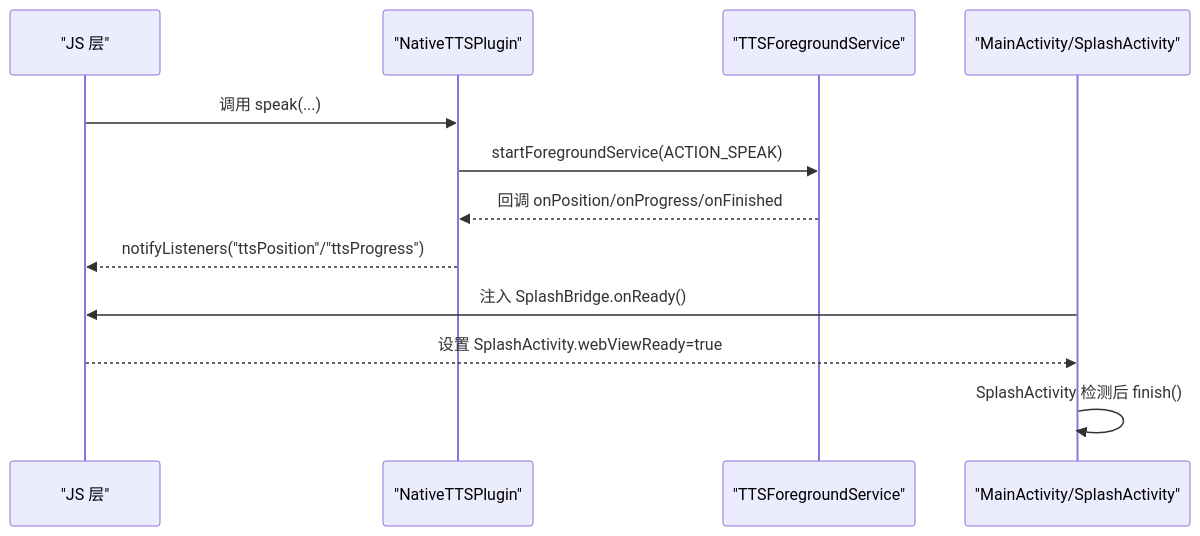
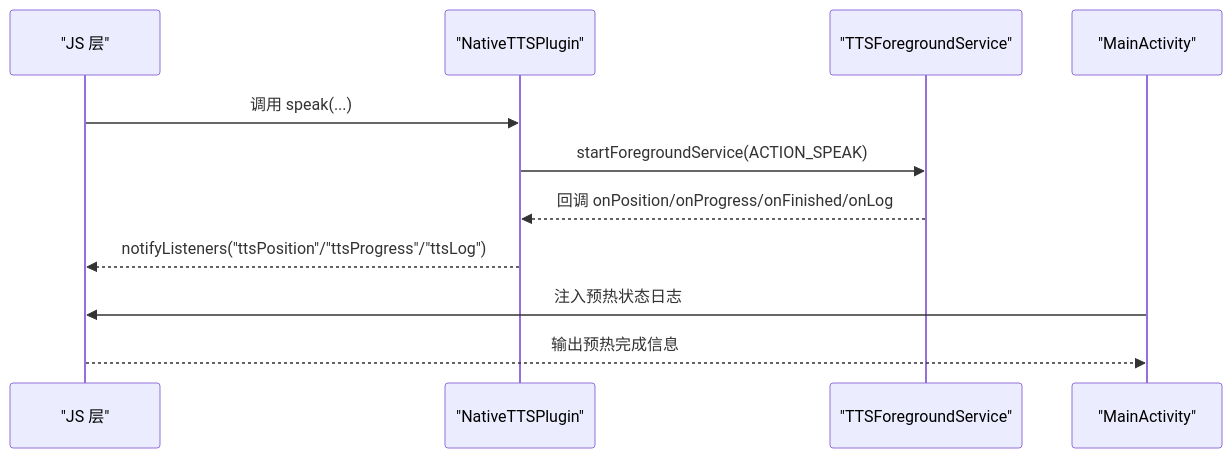
The fourth of 5 diagrams in .qoder/repowiki/zh/content/移动应用开发/服务管理.md (zhao-zg/cx), drawn with Mermaid before and after one commit. The commit also changed other lines of this file and 44 other files, not shown here.

````diff
--- a/.qoder/repowiki/zh/content/移动应用开发/服务管理.md
+++ b/.qoder/repowiki/zh/content/移动应用开发/服务管理.md
@@ -257,14 +270,13 @@
 ```mermaid
 sequenceDiagram
 participant JS as "JS 层"
 participant PL as "NativeTTSPlugin"
 participant SV as "TTSForegroundService"
-participant ACT as "MainActivity/SplashActivity"
+participant ACT as "MainActivity"
 JS->>PL : 调用 speak(...)
 PL->>SV : startForegroundService(ACTION_SPEAK)
-SV-->>PL : 回调 onPosition/onProgress/onFinished
-PL-->>JS : notifyListeners("ttsPosition"/"ttsProgress")
-ACT->>JS : 注入 SplashBridge.onReady()
-JS-->>ACT : 设置 SplashActivity.webViewReady=true
-ACT->>ACT : SplashActivity 检测后 finish()
+SV-->>PL : 回调 onPosition/onProgress/onFinished/onLog
+PL-->>JS : notifyListeners("ttsPosition"/"ttsProgress"/"ttsLog")
+ACT->>JS : 注入预热状态日志
+JS-->>ACT : 输出预热完成信息
 ```
````
